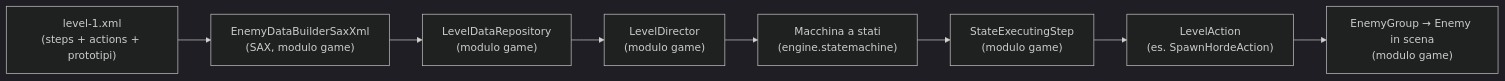
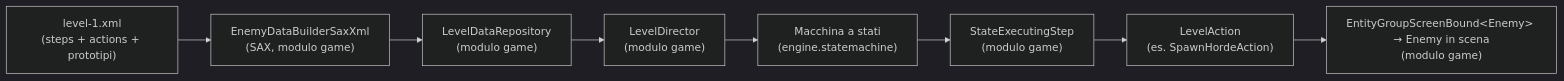
The first of 7 diagrams in documentation/subsystems/level-director-sequencing/index.md (alesky78/TigerSupply), drawn with Mermaid (dark theme) before and after one commit. The commit also changed other lines of this file and 22 other files, not shown here.

First line of the commit message:
refactor: remove EnemyGroup and integrate fire-control into Enemy

````diff
--- a/documentation/subsystems/level-director-sequencing/index.md
+++ b/documentation/subsystems/level-director-sequencing/index.md
@@ -51,10 +51,10 @@
 ```mermaid
 flowchart LR
     XML["level-1.xml<br/>(steps + actions + prototipi)"] --> BUILDER["EnemyDataBuilderSaxXml<br/>(SAX, modulo game)"]
     BUILDER --> REPO["LevelDataRepository<br/>(modulo game)"]
     REPO --> DIR["LevelDirector<br/>(modulo game)"]
     DIR --> FSM["Macchina a stati<br/>(engine.statemachine)"]
     FSM --> STEP["StateExecutingStep<br/>(modulo game)"]
     STEP --> ACT["LevelAction<br/>(es. SpawnHordeAction)"]
-    ACT --> ENEMY["EnemyGroup → Enemy in scena<br/>(modulo game)"]
+    ACT --> ENEMY["EntityGroupScreenBound&lt;Enemy&gt; → Enemy in scena<br/>(modulo game)"]
 ```
````
